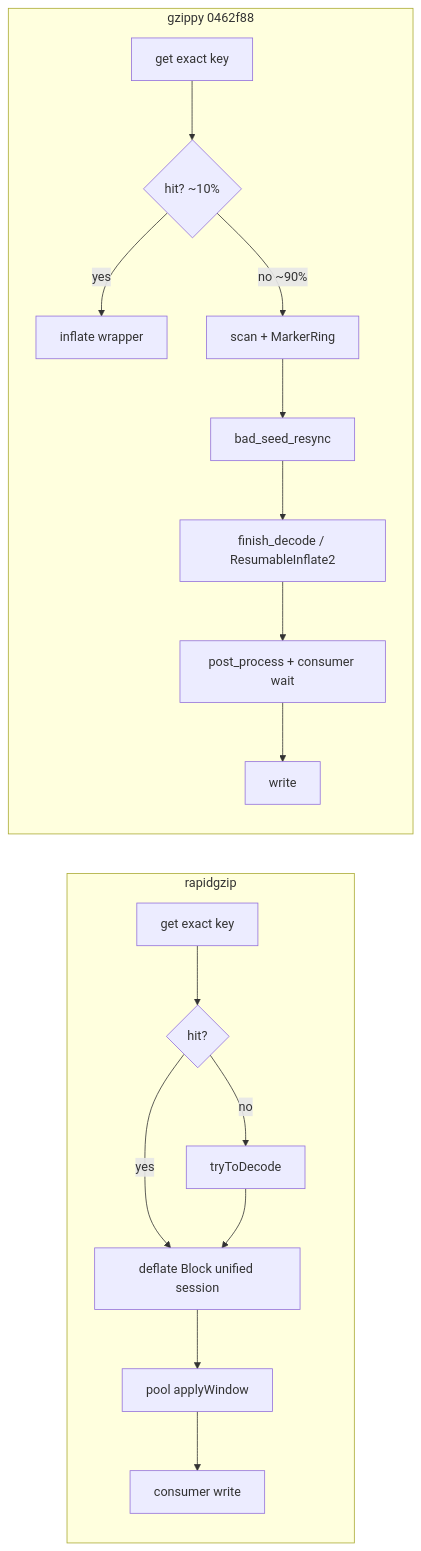
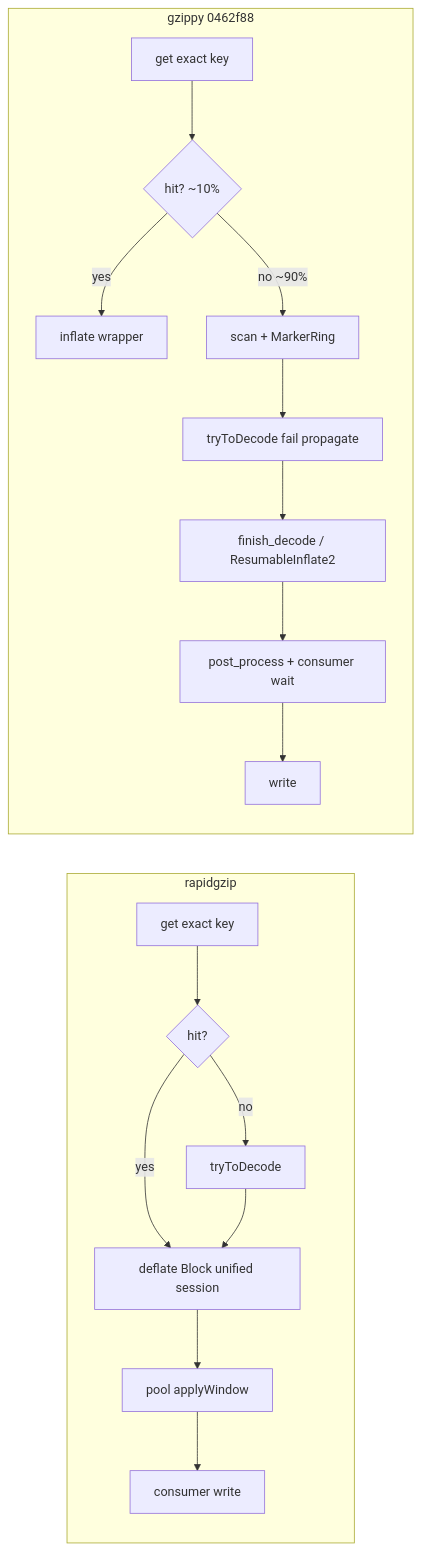
Before and after one commit to JackDanger/gzippy: the diagram in plans/structural-gap-closure.md, drawn with Mermaid. The commit also changed other lines of this file and 2 other files, not shown here.

First line of the commit message:
parallel/sm: delete retired resumable_resync; always run RG patches.

````diff
--- a/plans/structural-gap-closure.md
+++ b/plans/structural-gap-closure.md
@@ -111,21 +113,21 @@
 ```mermaid
 flowchart LR
   subgraph vendor["rapidgzip"]
     A1[get exact key] --> B1{hit?}
     B1 -->|yes| C1[deflate Block unified session]
     B1 -->|no| D1[tryToDecode]
     D1 --> C1
     C1 --> E1[pool applyWindow]
     E1 --> F1[consumer write]
   end
 
   subgraph gzippy["gzippy 0462f88"]
     G1[get exact key] --> H1{hit? ~10%}
     H1 -->|yes| I1[inflate wrapper]
     H1 -->|no ~90%| J1[scan + MarkerRing]
-    J1 --> K1[bad_seed_resync]
+    J1 --> K1[tryToDecode fail propagate]
     K1 --> L1[finish_decode / ResumableInflate2]
     L1 --> M1[post_process + consumer wait]
     M1 --> N1[write]
   end
 ```
````
